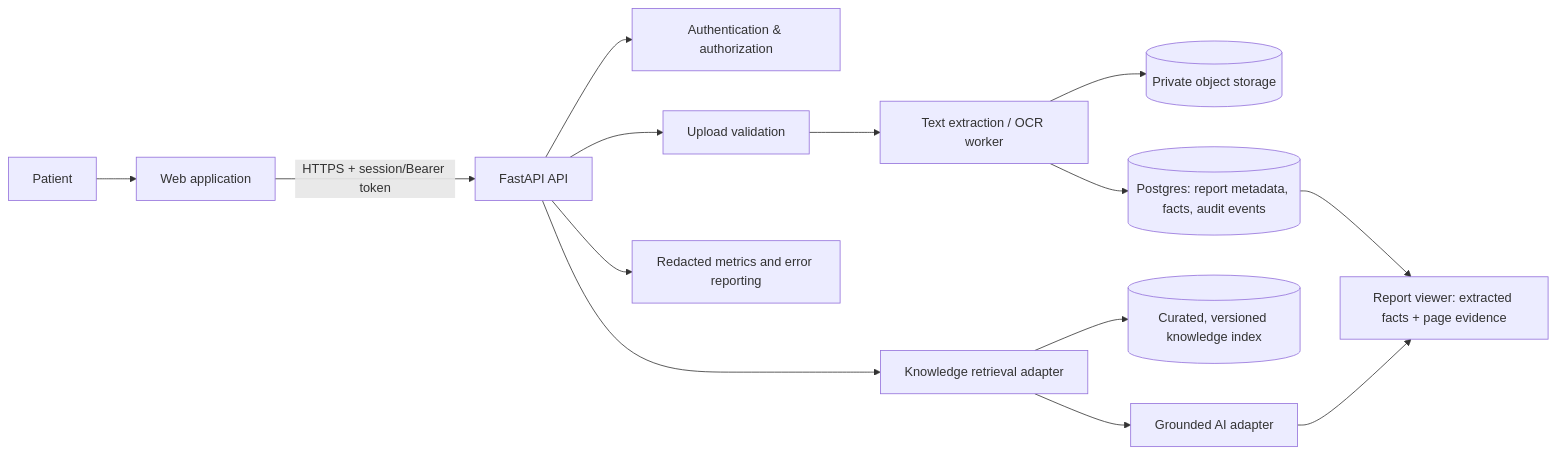
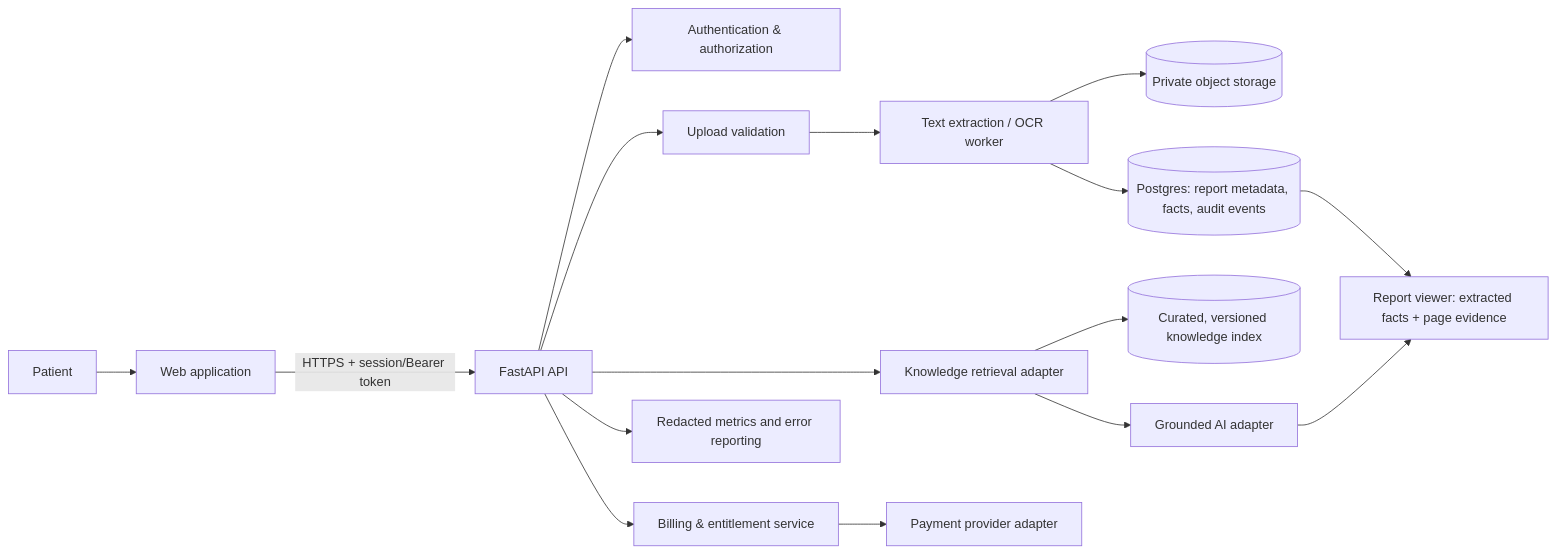
The diagram in ARCHITECTURE.md (Akumo961/MediQuery), drawn with Mermaid before and after one commit. The commit also changed other lines of this file, not shown here.

Commit message:
docs: document billing and observability architecture

````diff
--- a/ARCHITECTURE.md
+++ b/ARCHITECTURE.md
@@ -17,16 +17,18 @@
 ```mermaid
 flowchart LR
   U[Patient] --> W[Web application]
   W -->|HTTPS + session/Bearer token| A[FastAPI API]
   A --> AU[Authentication & authorization]
   A --> V[Upload validation]
   V --> X[Text extraction / OCR worker]
   X --> S[(Private object storage)]
   X --> D[(Postgres: report metadata, facts, audit events)]
   D --> R[Report viewer: extracted facts + page evidence]
   A --> K[Knowledge retrieval adapter]
   K --> KB[(Curated, versioned knowledge index)]
   K --> G[Grounded AI adapter]
   G --> R
+  A --> B[Billing & entitlement service]
+  B --> P[Payment provider adapter]
   A --> O[Redacted metrics and error reporting]
 ```
````
